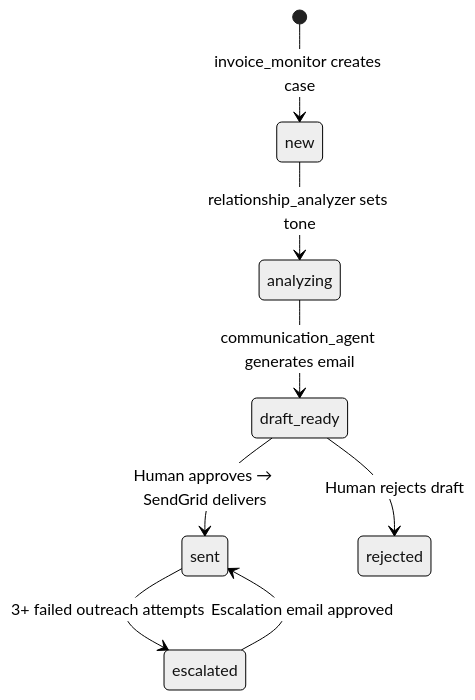
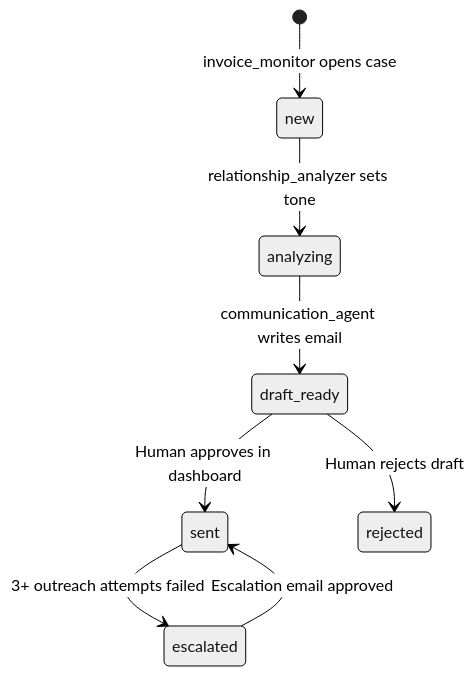
Before and after one commit to sivasundharam/cashguard: the fourth of 5 diagrams in README.md, drawn with Mermaid (neutral theme). The commit also changed other lines of this file, not shown here.

Commit message:
docs: restore Mermaid with wrappingWidth init config to fix text clipping

````diff
--- a/README.md
+++ b/README.md
@@ -173,10 +97,10 @@
 ```mermaid
 stateDiagram-v2
-    [*] --> new : invoice_monitor creates case
+    [*] --> new : invoice_monitor opens case
     new --> analyzing : relationship_analyzer sets tone
-    analyzing --> draft_ready : communication_agent generates email
-    draft_ready --> sent : Human approves → SendGrid delivers
+    analyzing --> draft_ready : communication_agent writes email
+    draft_ready --> sent : Human approves in dashboard
     draft_ready --> rejected : Human rejects draft
-    sent --> escalated : 3+ failed outreach attempts
+    sent --> escalated : 3+ outreach attempts failed
     escalated --> sent : Escalation email approved
 ```
````
